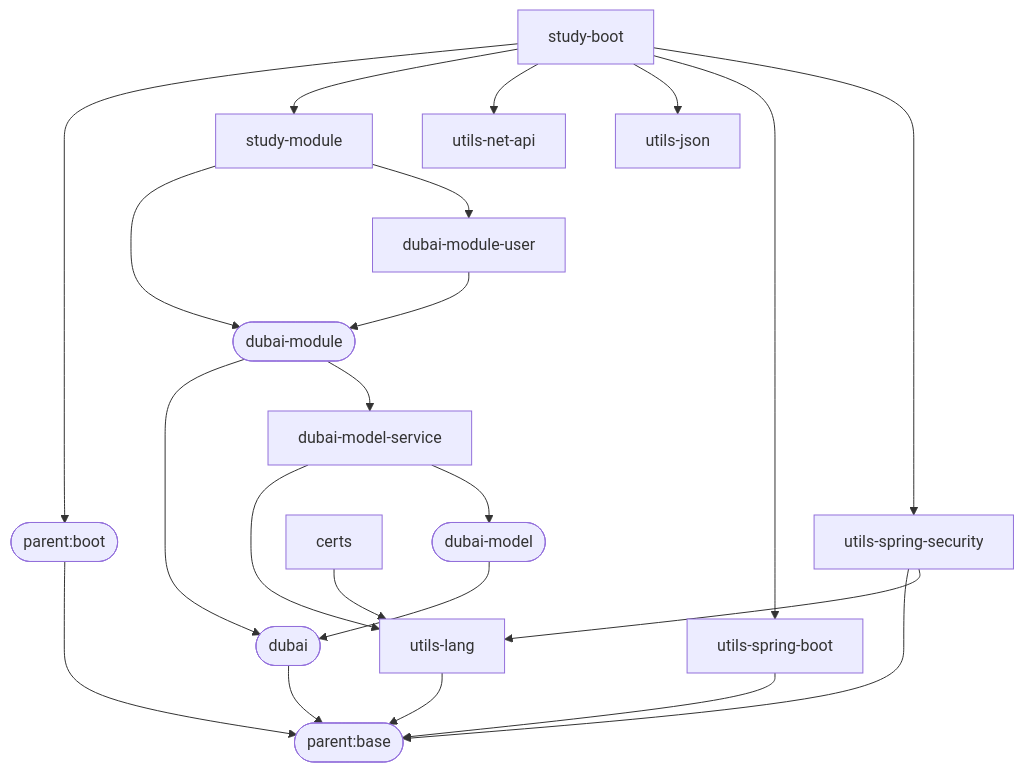
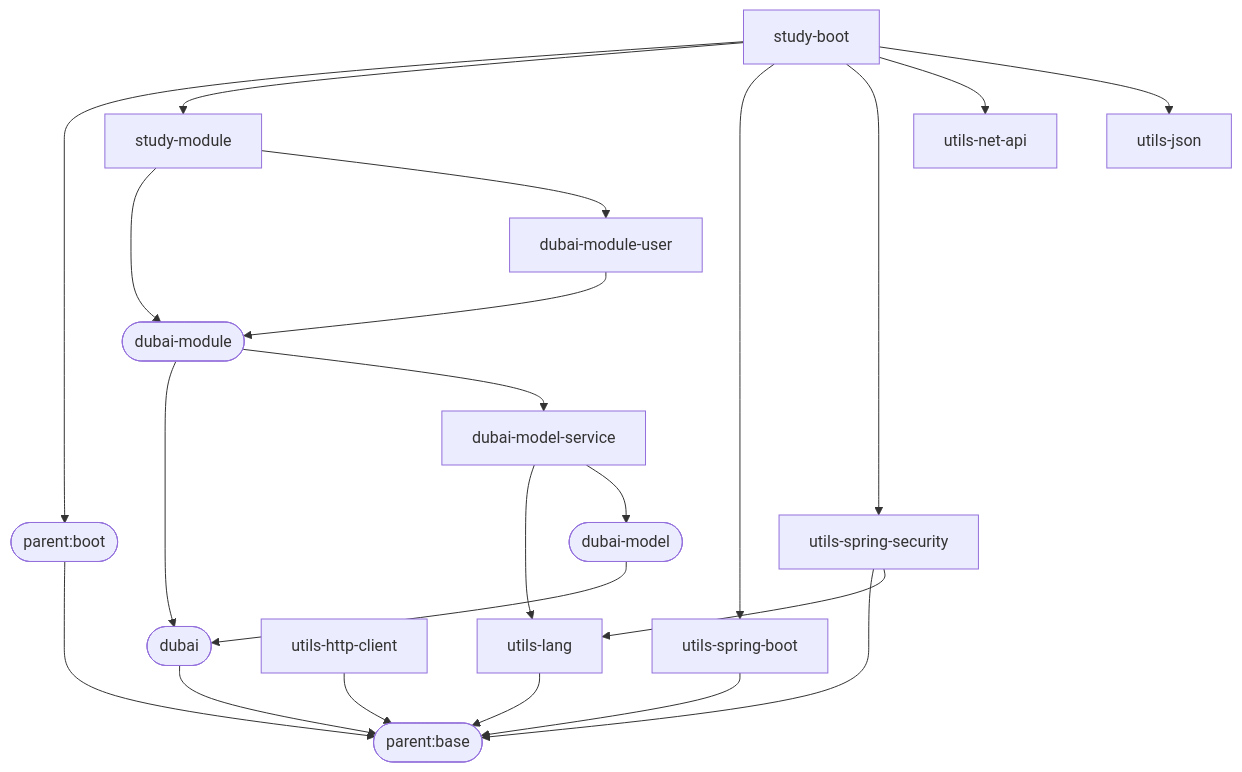
The diagram in README.md (dbstarll/dbstarll.github.io), drawn with Mermaid before and after one commit. The commit also changed other lines of this file, not shown here.

Commit message:
增加utils-http-client

````diff
--- a/README.md
+++ b/README.md
@@ -14,33 +15,33 @@
 ```mermaid
 graph TD;
     parent.base([parent:base]);
     parent.boot([parent:boot])--->parent.base;
 
     utils-lang-->parent.base;
 
     utils-spring-boot-->parent.base;
 
     utils-spring-security-->parent.base;
     utils-spring-security-->utils-lang;
+
+    utils-http-client-->parent.base;
 
     dubai([dubai])-->parent.base;
     dubai-model([dubai-model])-->dubai;
     dubai-model-service-->utils-lang;
     dubai-model-service-->dubai-model;
     dubai-module([dubai-module])-->dubai;
     dubai-module-->dubai-model-service;
     
     dubai-module-user-->dubai-module;
 
     study-module-->dubai-module;
     study-module-->dubai-module-user;
 
     study-boot-->parent.boot;
     study-boot-->study-module;
+    study-boot-->utils-spring-boot;
+    study-boot-->utils-spring-security;
     study-boot-->utils-net-api;
     study-boot-->utils-json;
-    study-boot-->utils-spring-boot;
-    study-boot-->utils-spring-security;
-
-    certs-->utils-lang;
 ```
````
